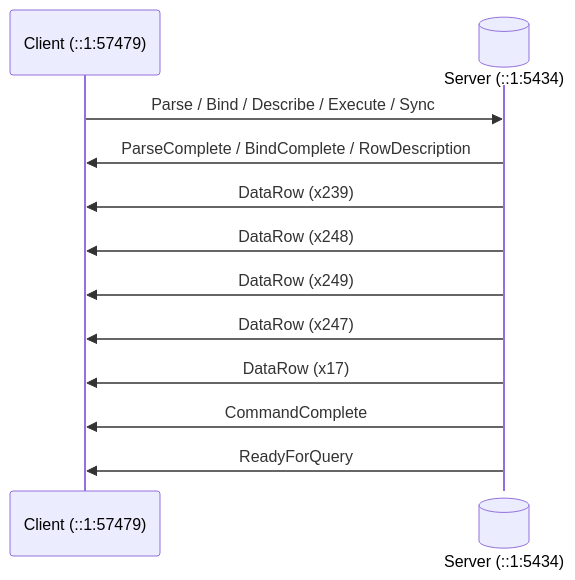
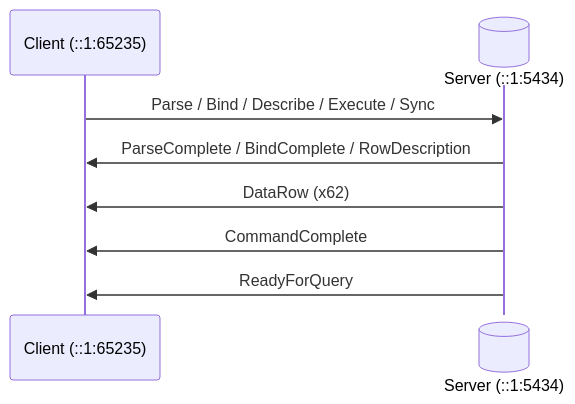
Before and after one commit to xfischer/pg_protoexport: the diagram in docs/examples/exports/pagila-07-execute-with-maxrows-0-portalsuspended/capture.mermaid.seq.md, drawn with Mermaid. The commit also changed 135 other files, not shown here.

````diff
--- a/docs/examples/exports/pagila-07-execute-with-maxrows-0-portalsuspended/capture.mermaid.seq.md
+++ b/docs/examples/exports/pagila-07-execute-with-maxrows-0-portalsuspended/capture.mermaid.seq.md
@@ -2,14 +2,10 @@
 ```mermaid
 sequenceDiagram
-    participant C as Client (::1:57479)
+    participant C as Client (::1:65235)
     participant S@{ "type" : "database" } as Server (::1:5434)
     C->>S: Parse / Bind / Describe / Execute / Sync
     S->>C: ParseComplete / BindComplete / RowDescription
-    S->>C: DataRow (x239)
-    S->>C: DataRow (x248)
-    S->>C: DataRow (x249)
-    S->>C: DataRow (x247)
-    S->>C: DataRow (x17)
+    S->>C: DataRow (x62)
     S->>C: CommandComplete
     S->>C: ReadyForQuery
 ```
````
